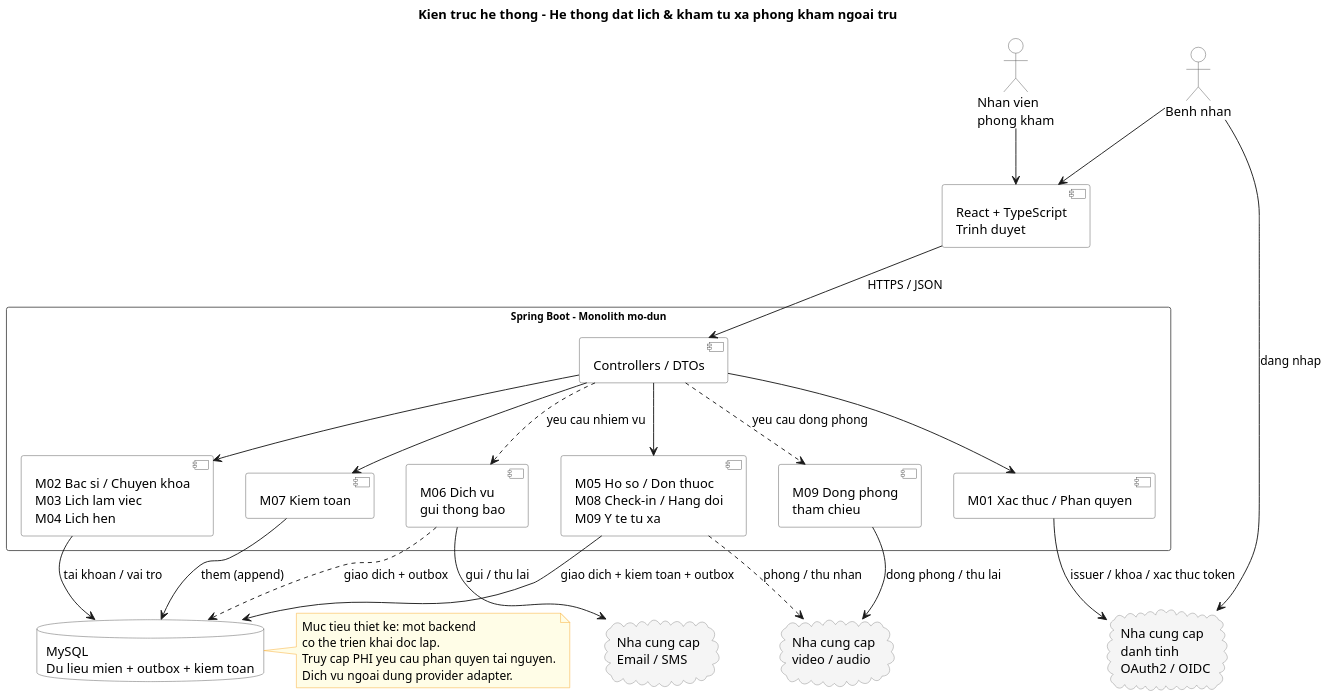
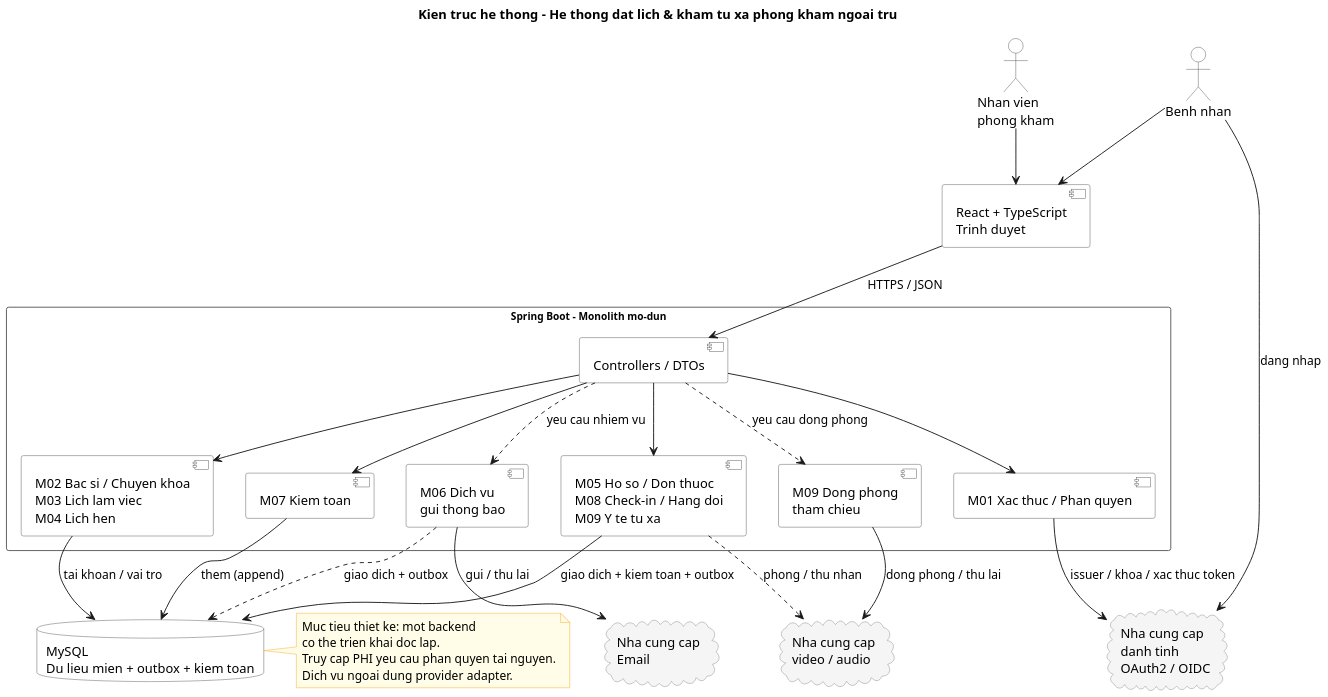
One commit to Samie32/SE-project changed the diagram in docs/design/architecture/system-architecture.puml. Above: the diagram before and after it, drawn with PlantUML. The commit also changed 62 other files, not shown here.

```diff
--- a/docs/design/architecture/system-architecture.puml
+++ b/docs/design/architecture/system-architecture.puml
@@ -1,84 +1,84 @@
 @startuml system-architecture
 skinparam rectangle {
   BackgroundColor White
   BorderColor #555
   FontName Arial
   FontSize 11
 }
 skinparam component {
   BackgroundColor White
   BorderColor #555
 }
 skinparam actor {
   BackgroundColor White
   BorderColor #555
 }
 skinparam noteBackgroundColor #FFFDE7
 skinparam noteBorderColor #F9A825
 skinparam cloud {
   BackgroundColor #F5F5F5
   BorderColor #888
 }
 skinparam database {
   BackgroundColor White
   BorderColor #555
 }
 skinparam shadowing false
 skinparam dpi 150
 title Kien truc he thong - He thong dat lich & kham tu xa phong kham ngoai tru
 
 actor "Benh nhan" as Patient
 actor "Nhan vien\nphong kham" as Staff
 
 component "React + TypeScript\nTrinh duyet" as Browser
 
 rectangle "Spring Boot - Monolith mo-dun" as Backend {
   component "M06 Dich vu\ngui thong bao" as M06
   component "M09 Dong phong\ntham chieu" as M09worker
 
   component "M05 Ho so / Don thuoc\nM08 Check-in / Hang doi\nM09 Y te tu xa" as M05
   component "M07 Kiem toan" as M07
 
   component "Controllers / DTOs" as Controllers
 
   component "M02 Bac si / Chuyen khoa\nM03 Lich lam viec\nM04 Lich hen" as M02
   component "M01 Xac thuc / Phan quyen" as M01
 }
 
-cloud "Nha cung cap\nEmail / SMS" as EmailSMS
+cloud "Nha cung cap\nEmail" as EmailSMS
 cloud "Nha cung cap\nvideo / audio" as VideoAudio
 cloud "Nha cung cap\ndanh tinh\nOAuth2 / OIDC" as IdP
 
 database "MySQL\nDu lieu mien + outbox + kiem toan" as MySQL
 
 Patient --> Browser
 Staff --> Browser
 
 Browser --> Controllers : HTTPS / JSON
 Patient --> IdP : dang nhap
 
 M06 --> EmailSMS : gui / thu lai
 M09worker --> VideoAudio : dong phong / thu lai
 M05 --> MySQL : giao dich + kiem toan + outbox
 M07 --> MySQL : them (append)
 M02 --> MySQL : tai khoan / vai tro
 M01 --> IdP : issuer / khoa / xac thuc token
 
 Controllers --> M05
 Controllers --> M07
 Controllers --> M02
 Controllers --> M01
 Controllers ..> M06 : yeu cau nhiem vu
 Controllers ..> M09worker : yeu cau dong phong
 
 M05 ..> VideoAudio : phong / thu nhan
 M06 ..> MySQL : giao dich + outbox
 
 note right of MySQL
   Muc tieu thiet ke: mot backend
   co the trien khai doc lap.
   Truy cap PHI yeu cau phan quyen tai nguyen.
   Dich vu ngoai dung provider adapter.
 end note
 
 @enduml
```
